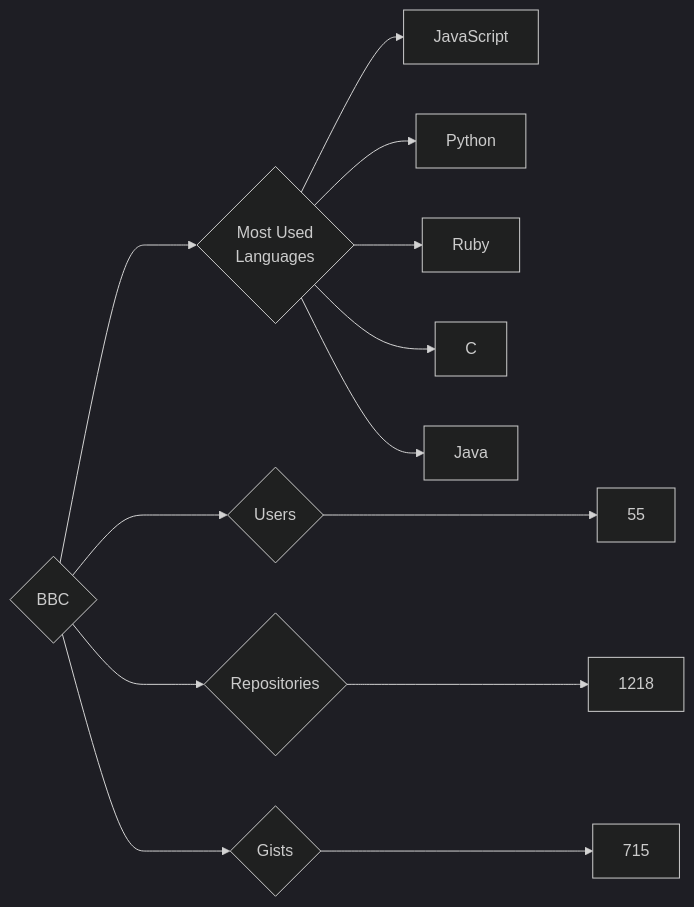
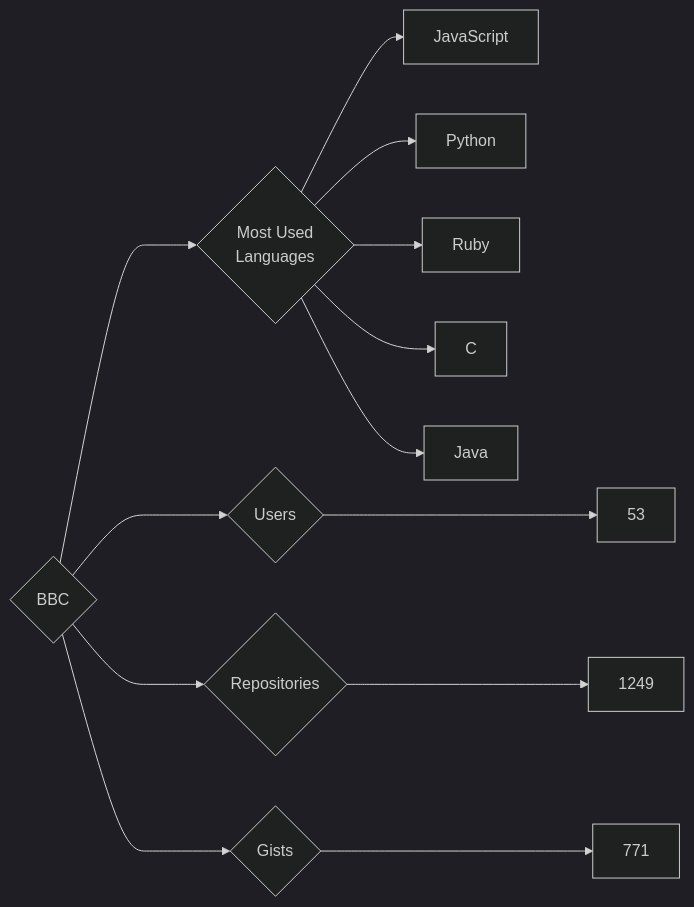
One commit to trickest/insiders changed the diagram in targets/BBC/README.md. Above: the diagram before and after it, drawn with Mermaid (dark theme). The commit also changed 860 other files, not shown here.

````diff
--- a/targets/BBC/README.md
+++ b/targets/BBC/README.md
@@ -3,13 +3,13 @@
 ```mermaid
 graph LR
 COMPANY_NAME{BBC}
-COMPANY_NAME ---> U{Users} ---> UN[55]
-COMPANY_NAME ---> R{Repositories} ---> RN[1218]
-COMPANY_NAME ---> G{Gists} ---> GN[715]
+COMPANY_NAME ---> U{Users} ---> UN[53]
+COMPANY_NAME ---> R{Repositories} ---> RN[1249]
+COMPANY_NAME ---> G{Gists} ---> GN[771]
 COMPANY_NAME ---> ML{Most Used<br>Languages}
 ML --> JavaScript[JavaScript]
 ML --> Python[Python]
 ML --> Ruby[Ruby]
 ML --> C[C]
 ML --> Java[Java]
 ```
````
